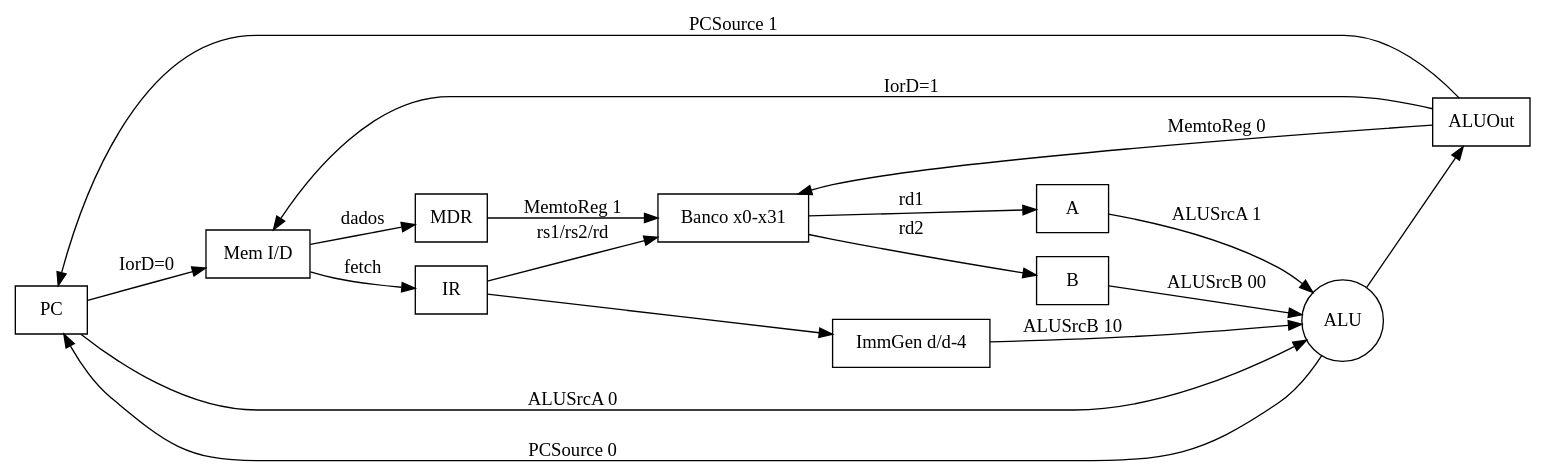
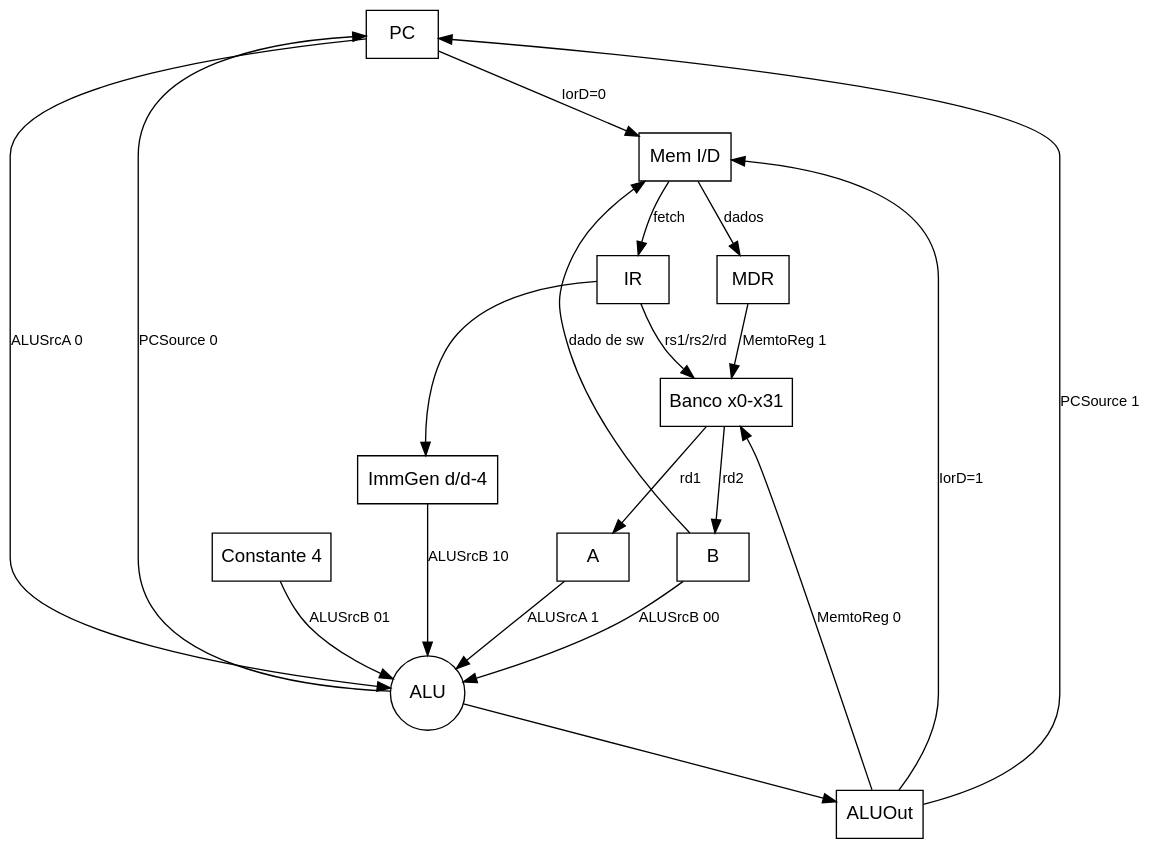
The diagram in src/content/fsc/cpu-multiciclo-datapath.dot (rodrgds/resumos), drawn with Graphviz before and after one commit. The commit also changed 40 other files, not shown here.

```diff
--- a/src/content/fsc/cpu-multiciclo-datapath.dot
+++ b/src/content/fsc/cpu-multiciclo-datapath.dot
@@ -1,26 +1,32 @@
 digraph multiciclo {
-  rankdir=LR;
+  rankdir=TB;
+  graph [bgcolor="transparent",pad=0.2,nodesep=0.5,ranksep=0.6];
+  node [fontname="Arial",fontsize=14];
+  edge [fontname="Arial",fontsize=11];
   PC [shape=box label="PC"];
   MEM [shape=box label="Mem I/D"];
   IR [shape=box]; MDR [shape=box];
   REG [shape=box label="Banco x0-x31"];
   A [shape=box]; B [shape=box]; ALUOut [shape=box];
   ALU [shape=circle label="ALU"];
   IMM [shape=box label="ImmGen d/d-4"];
+  FOUR [shape=box label="Constante 4"];
   PC -> MEM [label="IorD=0"];
   ALUOut -> MEM [label="IorD=1"];
   MEM -> IR [label="fetch"];
   MEM -> MDR [label="dados"];
   IR -> REG [label="rs1/rs2/rd"];
   IR -> IMM;
   REG -> A [label="rd1"]; REG -> B [label="rd2"];
+  B -> MEM [label="dado de sw",constraint=false];
   A -> ALU [label="ALUSrcA 1"];
   PC -> ALU [label="ALUSrcA 0"];
   B -> ALU [label="ALUSrcB 00"];
+  FOUR -> ALU [label="ALUSrcB 01"];
   IMM -> ALU [label="ALUSrcB 10"];
   ALU -> ALUOut;
   ALU -> PC [label="PCSource 0"];
   ALUOut -> PC [label="PCSource 1"];
   MDR -> REG [label="MemtoReg 1"];
   ALUOut -> REG [label="MemtoReg 0"];
 }
```
